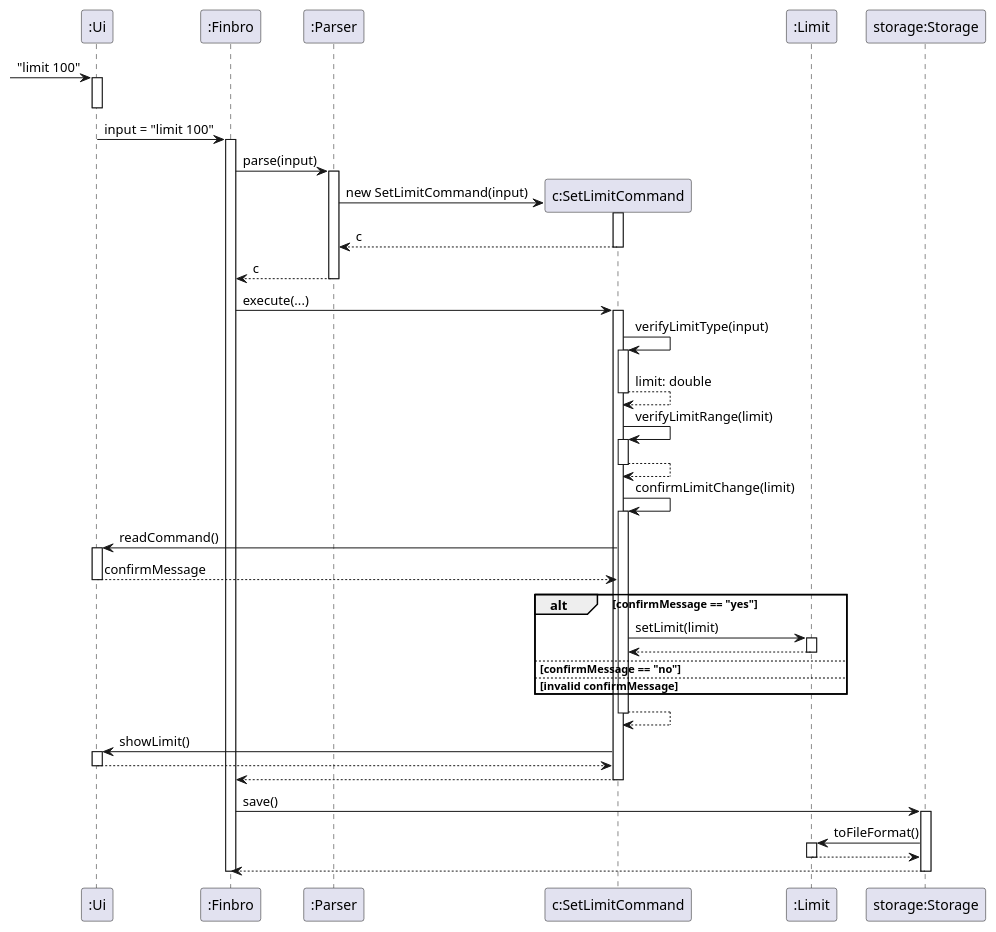
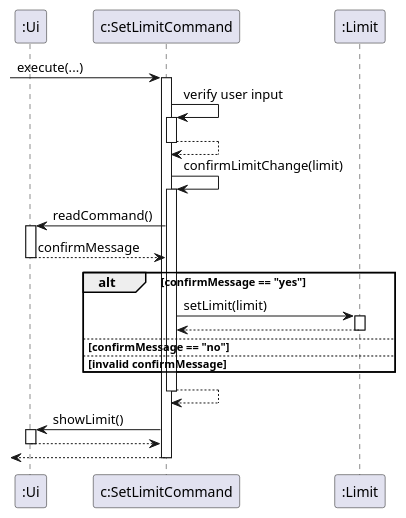
The diagram in docs/UML_diagrams/SetLimit.puml (zihaoalt/tp), drawn with PlantUML before and after one commit. The commit also changed 2 other files, not shown here.

Commit message:
Simplify set limit sequence diagram

```diff
--- a/docs/UML_diagrams/SetLimit.puml
+++ b/docs/UML_diagrams/SetLimit.puml
@@ -1,43 +1,27 @@
 @startuml
 'https://plantuml.com/sequence-diagram
 
-->":Ui"++: "limit 100"
-deactivate ":Ui"
-":Ui" -> ":Finbro"++: input = "limit 100"
+participant ":Ui" as ui
+participant "c:SetLimitCommand" as c
 
-":Finbro" -> ":Parser" ++: parse(input)
+-> c++: execute(...)
 
-create "c:SetLimitCommand"
-":Parser" -> "c:SetLimitCommand"++: new SetLimitCommand(input)
-return c
-return c
-
-":Finbro" -> "c:SetLimitCommand"++: execute(...)
-"c:SetLimitCommand" -> "c:SetLimitCommand"++: verifyLimitType(input)
-return limit: double
-"c:SetLimitCommand" -> "c:SetLimitCommand"++: verifyLimitRange(limit)
+c -> c++: verify user input
 return
-
-"c:SetLimitCommand" -> "c:SetLimitCommand"++: confirmLimitChange(limit)
-"c:SetLimitCommand" ->":Ui"++: readCommand()
+c -> c++: confirmLimitChange(limit)
+c ->ui++: readCommand()
 return confirmMessage
 
 alt confirmMessage == "yes"
-    "c:SetLimitCommand" -> ":Limit"++: setLimit(limit)
+    c -> ":Limit"++: setLimit(limit)
     return
 else confirmMessage == "no"
 else invalid confirmMessage
 end
 return
 
-"c:SetLimitCommand" -> ":Ui"++ : showLimit()
+c -> ui++ : showLimit()
 return
 return
 
-":Finbro" -> "storage:Storage"++ :save()
-"storage:Storage" -> ":Limit"++: toFileFormat()
-return
-return
-deactivate
-
 @enduml
```
